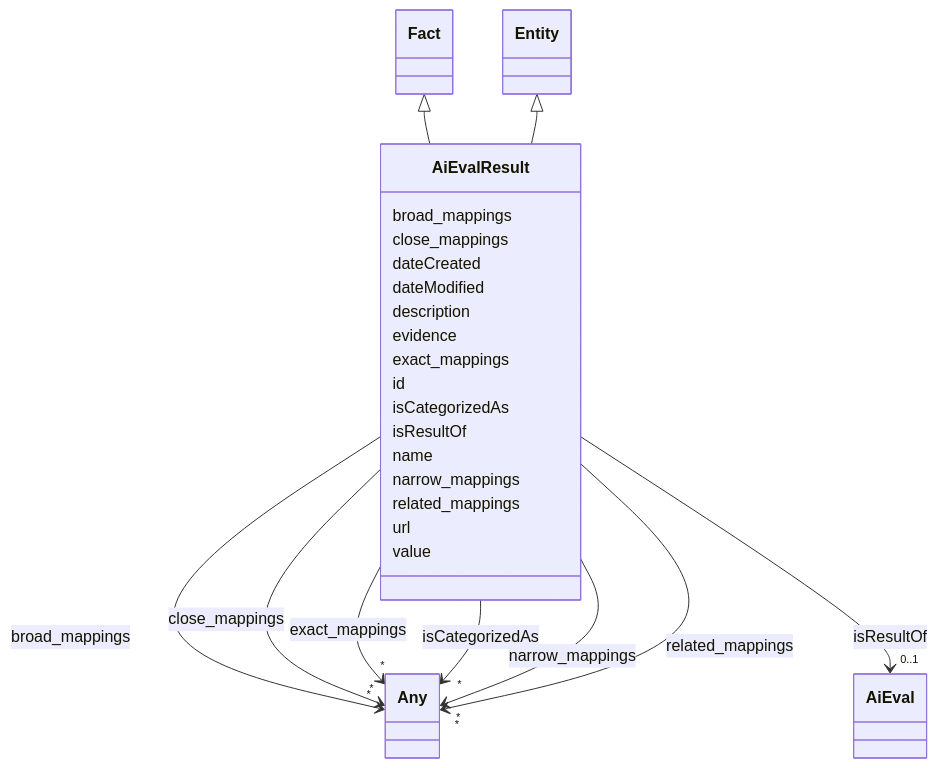
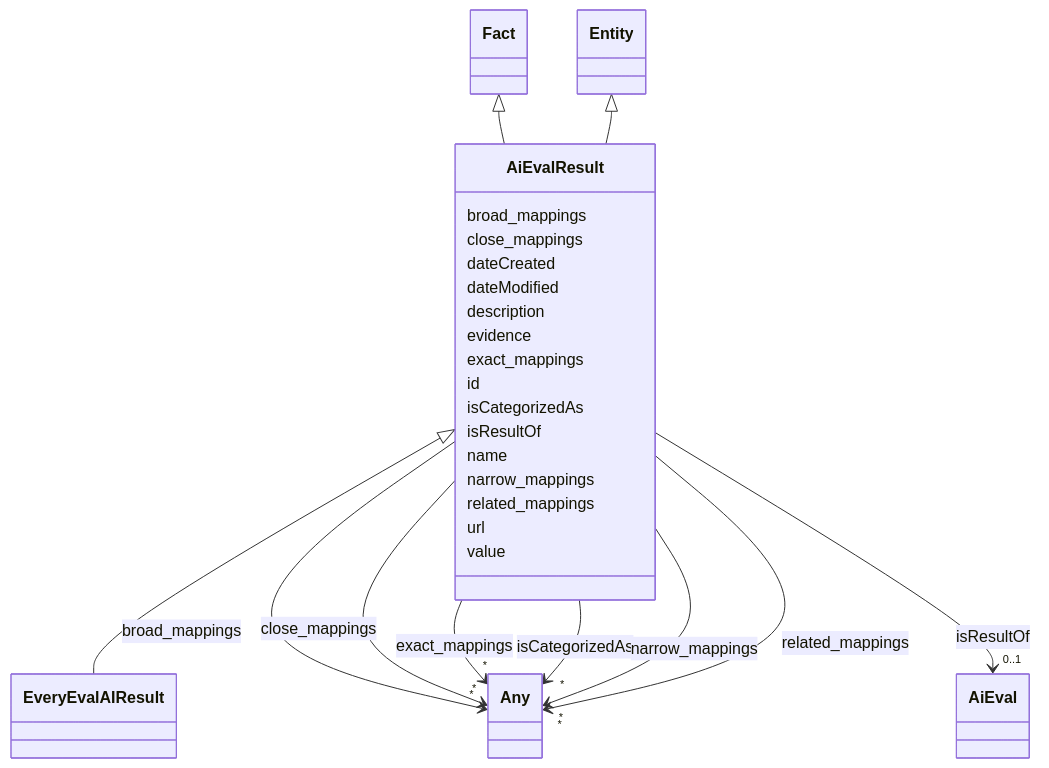
Before and after one commit to IBM/ai-atlas-nexus: the diagram in docs/ontology/AiEvalResult.md, drawn with Mermaid. The commit also changed other lines of this file and 165 other files, not shown here.

Commit message:
chore: update auto generated docs, graph exports and add missing papers

```diff
--- a/docs/ontology/AiEvalResult.md
+++ b/docs/ontology/AiEvalResult.md
@@ -12,6 +12,11 @@
         click Fact href "../Fact/"
       Entity <|-- AiEvalResult
         click Entity href "../Entity/"
+
+
+      AiEvalResult <|-- EveryEvalAIResult
+        click EveryEvalAIResult href "../EveryEvalAIResult/"
+
 
       AiEvalResult : broad_mappings
 
```
